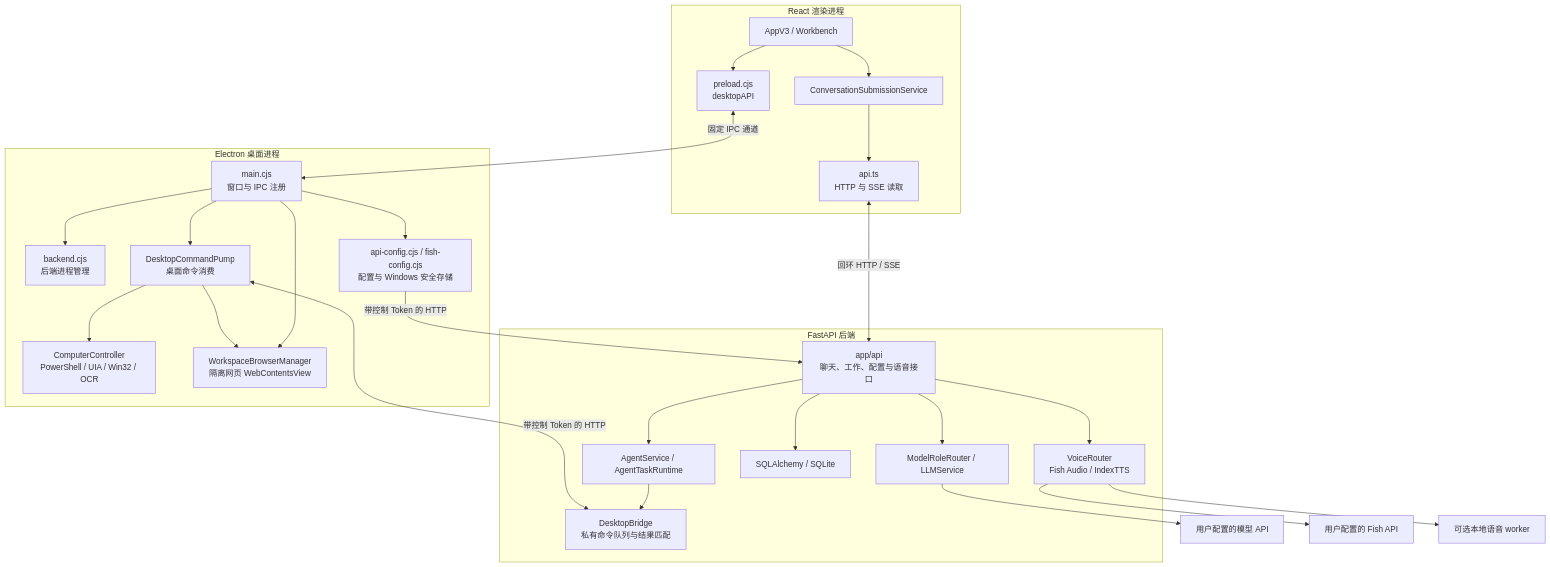
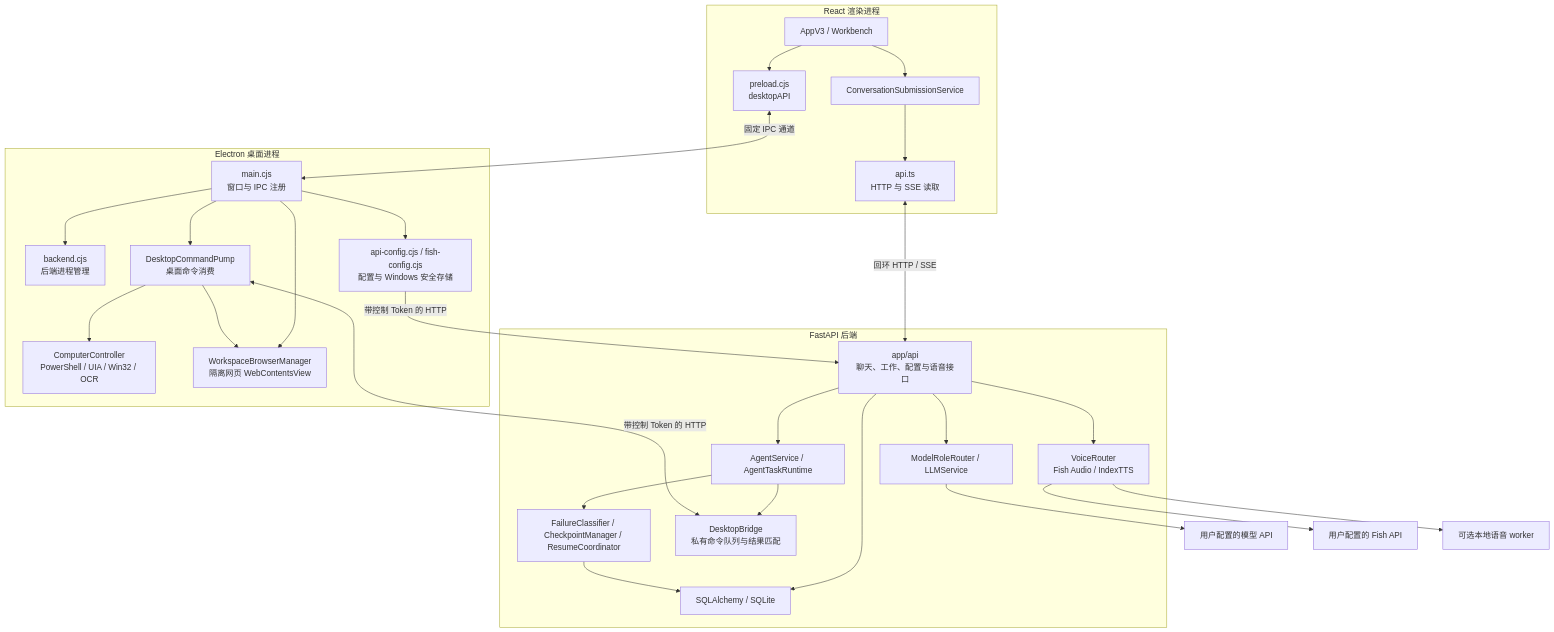
One commit to chuzihang1223/companion-studio changed the first of 2 diagrams in docs/ARCHITECTURE.md. Above: the diagram before and after it, drawn with Mermaid. The commit also changed other lines of this file and 16 other files, not shown here.

````diff
--- a/docs/ARCHITECTURE.md
+++ b/docs/ARCHITECTURE.md
@@ -7,46 +7,49 @@
 ```mermaid
 flowchart TB
   subgraph Desktop[Electron 桌面进程]
     Main[main.cjs\n窗口与 IPC 注册]
     Backend[backend.cjs\n后端进程管理]
     Config[api-config.cjs / fish-config.cjs\n配置与 Windows 安全存储]
     Pump[DesktopCommandPump\n桌面命令消费]
     Windows[ComputerController\nPowerShell / UIA / Win32 / OCR]
     Web[WorkspaceBrowserManager\n隔离网页 WebContentsView]
   end
   subgraph Renderer[React 渲染进程]
     UI[AppV3 / Workbench]
     Submit[ConversationSubmissionService]
     Bridge[preload.cjs\ndesktopAPI]
     API[api.ts\nHTTP 与 SSE 读取]
   end
   subgraph Python[FastAPI 后端]
     Routes[app/api\n聊天、工作、配置与语音接口]
     Agent[AgentService / AgentTaskRuntime]
+    Recovery[FailureClassifier / CheckpointManager / ResumeCoordinator]
     Roles[ModelRoleRouter / LLMService]
     DesktopBridge[DesktopBridge\n私有命令队列与结果匹配]
     Store[SQLAlchemy / SQLite]
     Voice[VoiceRouter\nFish Audio / IndexTTS]
   end
   UI --> Submit
   UI --> Bridge
   Submit --> API
   Bridge <-->|固定 IPC 通道| Main
   Main --> Backend
   Main --> Config
   Main --> Pump
   Main --> Web
   API <-->|回环 HTTP / SSE| Routes
   Config -->|带控制 Token 的 HTTP| Routes
   Routes --> Store
   Routes --> Roles
   Routes --> Agent
   Routes --> Voice
   Agent --> DesktopBridge
+  Agent --> Recovery
+  Recovery --> Store
   Pump <-->|带控制 Token 的 HTTP| DesktopBridge
   Pump --> Windows
   Pump --> Web
   Roles --> ModelAPI[用户配置的模型 API]
   Voice --> FishAPI[用户配置的 Fish API]
   Voice --> Index[可选本地语音 worker]
 ```
````
